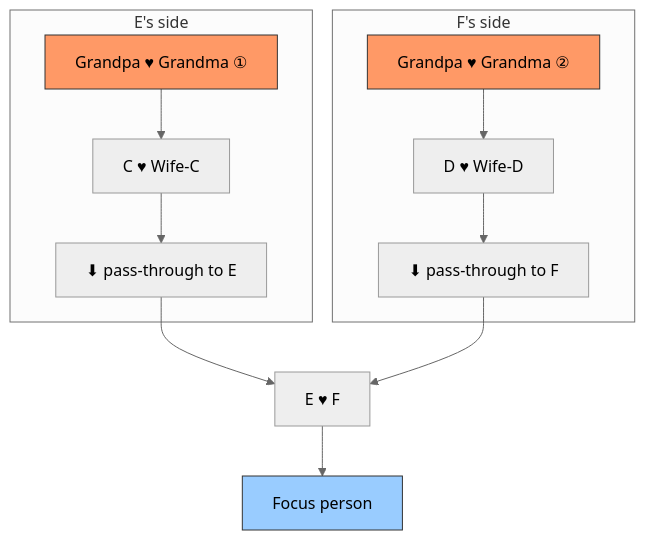
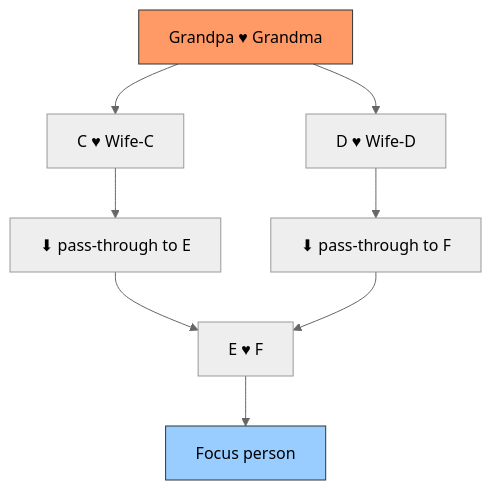
Before and after one commit to san650/ancestry: the fifth of 13 diagrams in lib/ancestry/people/CLAUDE.md, drawn with Mermaid (neutral theme). The commit also changed other lines of this file, not shown here.

````diff
--- a/lib/ancestry/people/CLAUDE.md
+++ b/lib/ancestry/people/CLAUDE.md
@@ -131,22 +136,15 @@
 ```mermaid
 flowchart TD
-    subgraph left ["E's side"]
-        AB1["Grandpa ♥ Grandma ①"]
-        AB1 --> C1["C ♥ Wife-C"]
-        C1 --> E_pt["⬇ pass-through to E"]
-    end
-
-    subgraph right ["F's side"]
-        AB2["Grandpa ♥ Grandma ②"]
-        AB2 --> D1["D ♥ Wife-D"]
-        D1 --> F_pt["⬇ pass-through to F"]
-    end
+    AB["Grandpa ♥ Grandma"]
+    AB --> C1["C ♥ Wife-C"]
+    AB --> D1["D ♥ Wife-D"]
+    C1 --> E_pt["⬇ pass-through to E"]
+    D1 --> F_pt["⬇ pass-through to F"]
 
     E_pt --> EF["E ♥ F"]
     F_pt --> EF
     EF --> Focus["Focus person"]
 
-    style AB1 fill:#f96,stroke:#333,color:#000
-    style AB2 fill:#f96,stroke:#333,color:#000
+    style AB fill:#f96,stroke:#333,color:#000
     style Focus fill:#9cf,stroke:#333,color:#000
 ```
````
